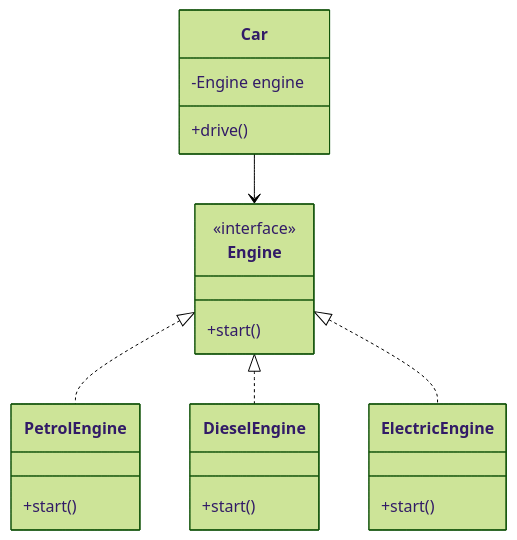
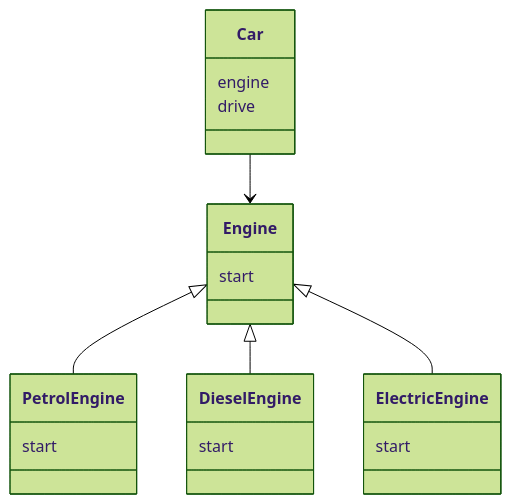
One commit to gojosatoru123-ux/CacheU changed the second of 10 diagrams in src/content/lld-bridge-design-pattern.md. Above: the diagram before and after it, drawn with Mermaid (forest theme). The commit also changed other lines of this file and 21 other files, not shown here.

````diff
--- a/src/content/lld-bridge-design-pattern.md
+++ b/src/content/lld-bridge-design-pattern.md
@@ -172,29 +172,28 @@
 ```mermaid
 classDiagram
-    class Car {
-        -Engine engine
-        +drive()
-    }
+class Car {
+    engine
+    drive
+}
 
-    class Engine {
-        <<interface>>
-        +start()
-    }
+class Engine {
+    start
+}
 
-    class PetrolEngine {
-        +start()
-    }
+class PetrolEngine {
+    start
+}
 
-    class DieselEngine {
-        +start()
-    }
+class DieselEngine {
+    start
+}
 
-    class ElectricEngine {
-        +start()
-    }
+class ElectricEngine {
+    start
+}
 
-    Car --> Engine
-    Engine <|.. PetrolEngine
-    Engine <|.. DieselEngine
-    Engine <|.. ElectricEngine
+Car --> Engine
+Engine <|-- PetrolEngine
+Engine <|-- DieselEngine
+Engine <|-- ElectricEngine
 ```
````
